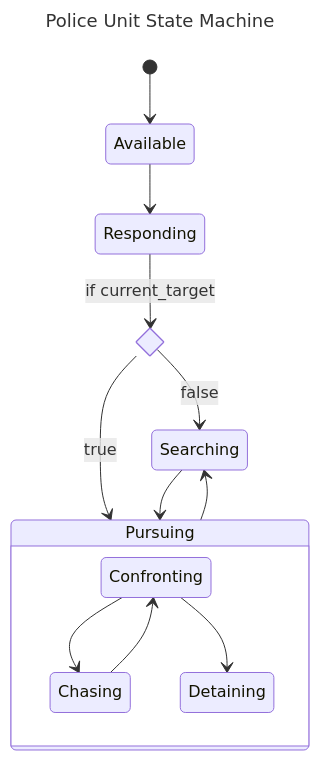
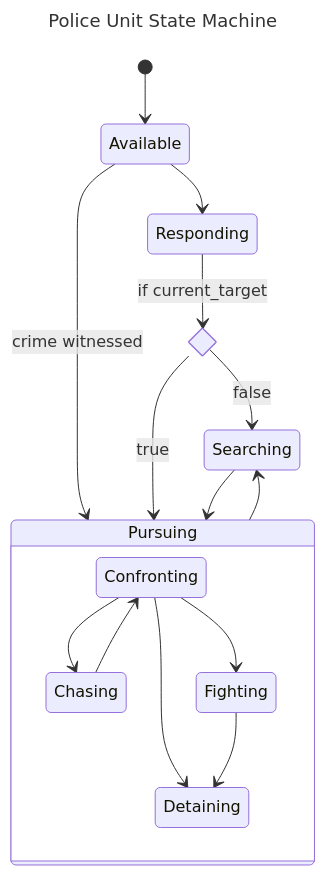
The diagram in src/[ai]/population/README.md (openmailbox/tsrp-fivem), drawn with Mermaid before and after one commit. The commit also changed other lines of this file and 7 other files, not shown here.

````diff
--- a/src/[ai]/population/README.md
+++ b/src/[ai]/population/README.md
@@ -13,23 +13,26 @@
 ```mermaid
 ---
 title: Police Unit State Machine
 ---
 stateDiagram-v2
   state if_state <<choice>>
 
   [*] --> Available
   Available --> Responding
+  Available --> Pursuing: crime witnessed
   Responding --> if_state: if current_target
 
   if_state --> Searching: false
   if_state --> Pursuing: true
 
   Searching --> Pursuing
   Pursuing --> Searching
 
   state Pursuing {
     Confronting --> Chasing
     Confronting --> Detaining
+    Confronting --> Fighting
+    Fighting --> Detaining
     Chasing --> Confronting
   }
 ```
````
